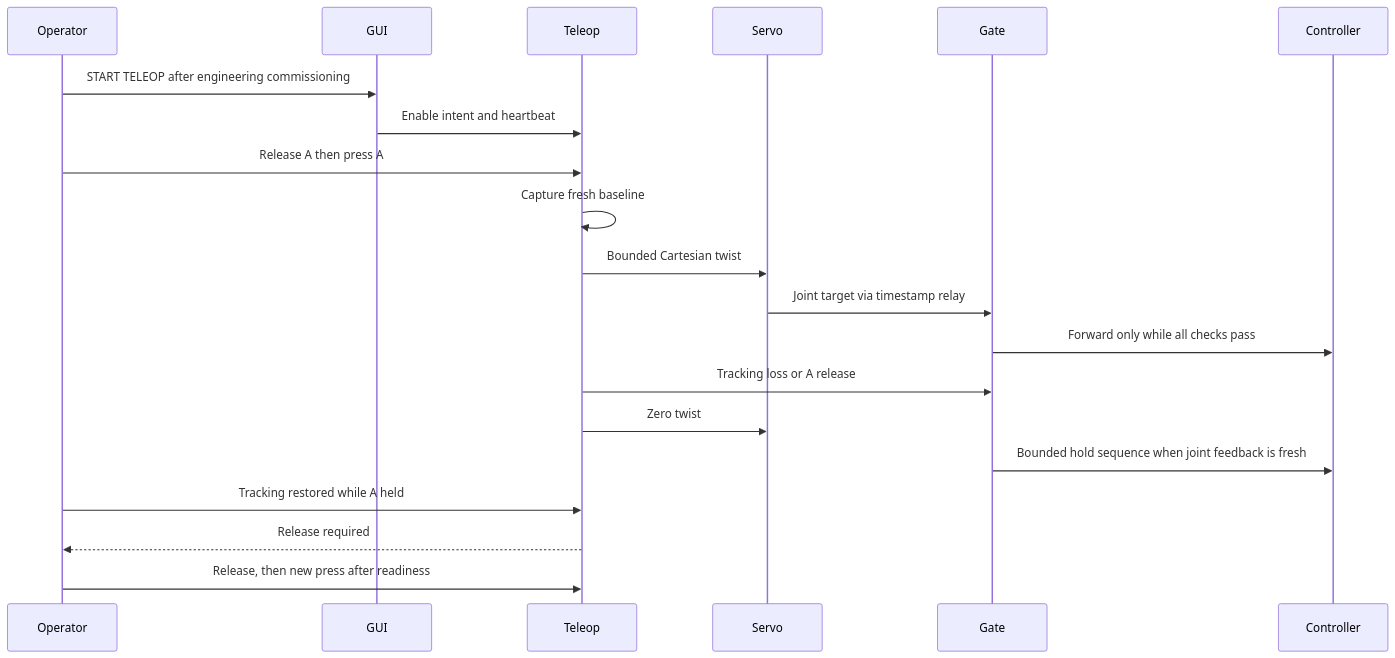
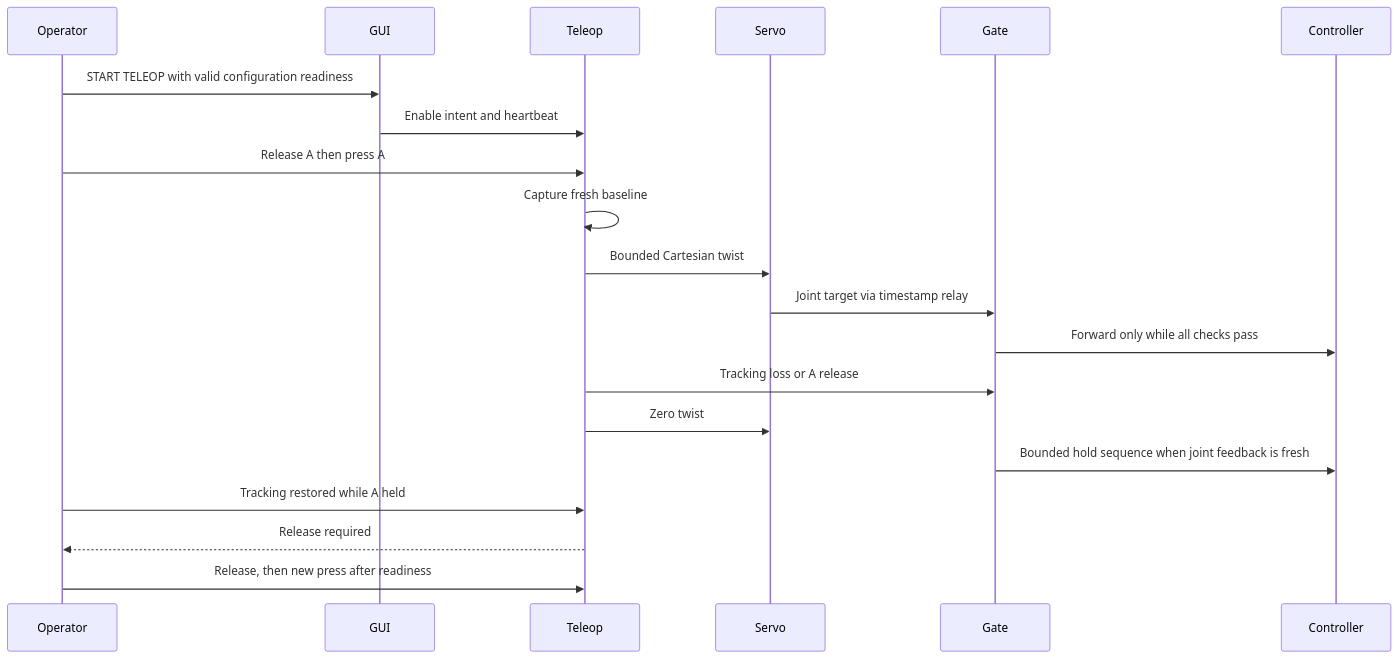
The second of 2 diagrams in docs/ARCHITECTURE.md (stefanoKS/UR_TeleOP_Index), drawn with Mermaid before and after one commit. The commit also changed other lines of this file and 14 other files, not shown here.

Commit message:
docs: synchronize V6.1 architecture and configuration

````diff
--- a/docs/ARCHITECTURE.md
+++ b/docs/ARCHITECTURE.md
@@ -90,22 +111,22 @@
 ```mermaid
 sequenceDiagram
     participant Operator
     participant GUI
     participant Teleop
     participant Servo
     participant Gate
     participant Controller
-    Operator->>GUI: START TELEOP after engineering commissioning
+    Operator->>GUI: START TELEOP with valid configuration readiness
     GUI->>Teleop: Enable intent and heartbeat
     Operator->>Teleop: Release A then press A
     Teleop->>Teleop: Capture fresh baseline
     Teleop->>Servo: Bounded Cartesian twist
     Servo->>Gate: Joint target via timestamp relay
     Gate->>Controller: Forward only while all checks pass
     Teleop->>Gate: Tracking loss or A release
     Teleop->>Servo: Zero twist
     Gate->>Controller: Bounded hold sequence when joint feedback is fresh
     Operator->>Teleop: Tracking restored while A held
     Teleop-->>Operator: Release required
     Operator->>Teleop: Release, then new press after readiness
 ```
````
